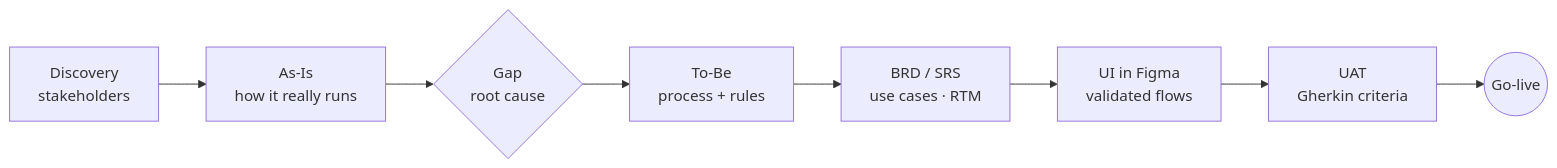
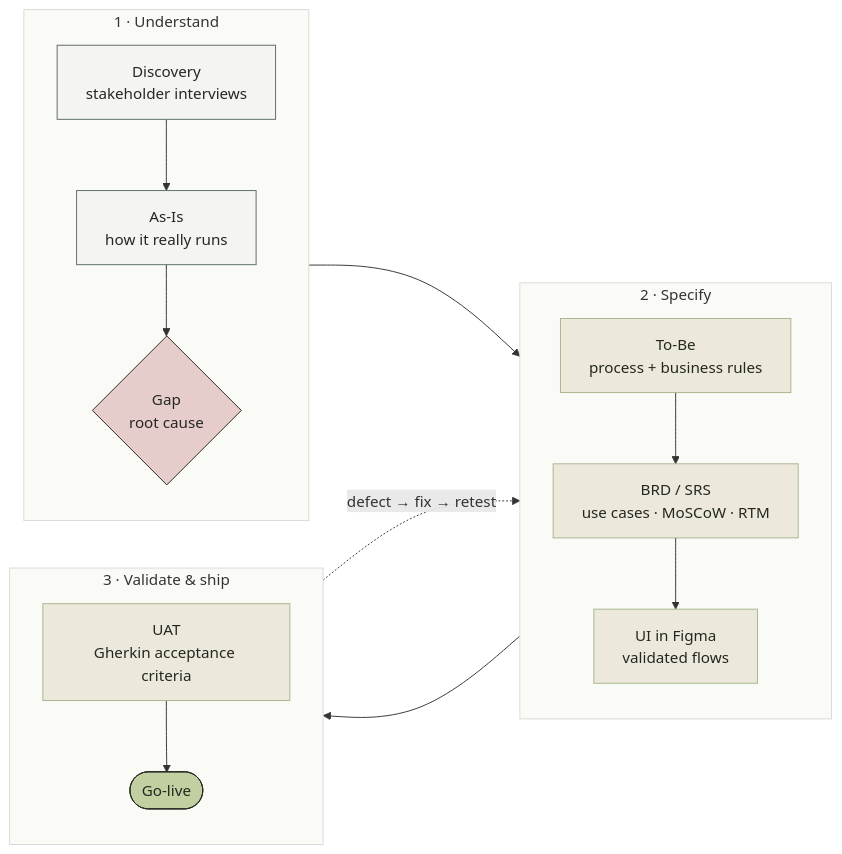
The first of 11 diagrams in README.md (handao2303/handao2303), drawn with Mermaid before and after one commit. The commit also changed other lines of this file, not shown here.

First line of the commit message:
Profile README: a diagram for every experience and project

````diff
--- a/README.md
+++ b/README.md
@@ -32,10 +34,24 @@
 ```mermaid
 flowchart LR
-    A[Discovery<br/>stakeholders] --> B[As-Is<br/>how it really runs]
-    B --> C{Gap<br/>root cause}
-    C --> D[To-Be<br/>process + rules]
-    D --> E[BRD / SRS<br/>use cases · RTM]
-    E --> F[UI in Figma<br/>validated flows]
-    F --> G[UAT<br/>Gherkin criteria]
-    G --> H((Go-live))
+    subgraph U["1 · Understand"]
+      direction TB
+      A["Discovery<br/>stakeholder interviews"]:::in --> B["As-Is<br/>how it really runs"]:::in --> C{"Gap<br/>root cause"}:::hub
+    end
+    subgraph SP["2 · Specify"]
+      direction TB
+      D["To-Be<br/>process + business rules"]:::step --> E["BRD / SRS<br/>use cases · MoSCoW · RTM"]:::step --> F["UI in Figma<br/>validated flows"]:::step
+    end
+    subgraph V["3 · Validate & ship"]
+      direction TB
+      G["UAT<br/>Gherkin acceptance criteria"]:::step --> H(["Go-live"]):::out
+    end
+    U --> SP --> V
+    V -. "defect → fix → retest" .-> SP
+    classDef in fill:#F4F5F2,stroke:#5A6A63,color:#23281F
+    classDef step fill:#EDE8DC,stroke:#A5B68D,color:#23281F
+    classDef hub fill:#E7CCCC,stroke:#23281F,color:#23281F
+    classDef out fill:#C1CFA1,stroke:#23281F,color:#23281F
+    style U fill:#FAFAF7,stroke:#D6DCD5
+    style SP fill:#FAFAF7,stroke:#D6DCD5
+    style V fill:#FAFAF7,stroke:#D6DCD5
 ```
````
